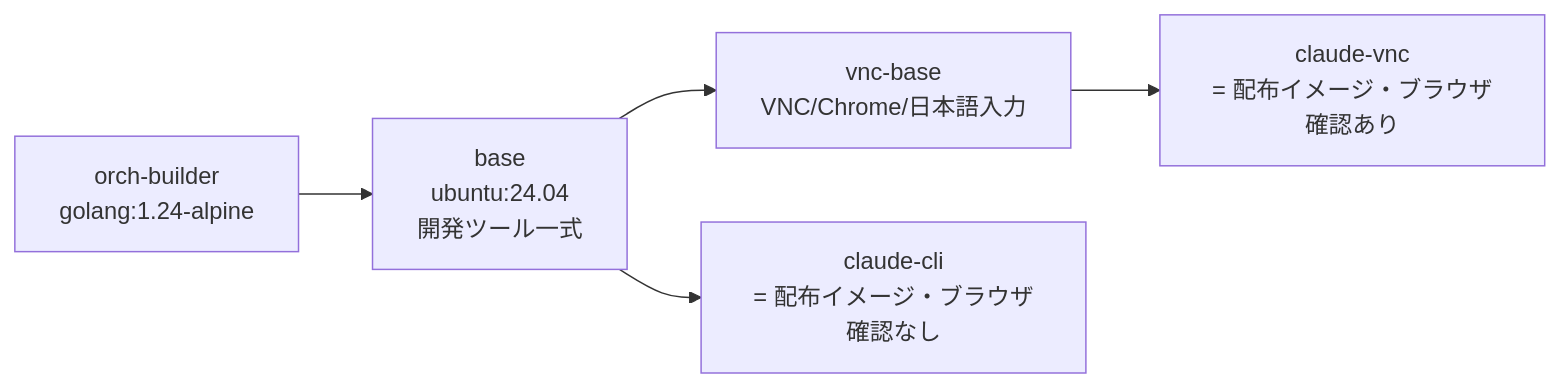
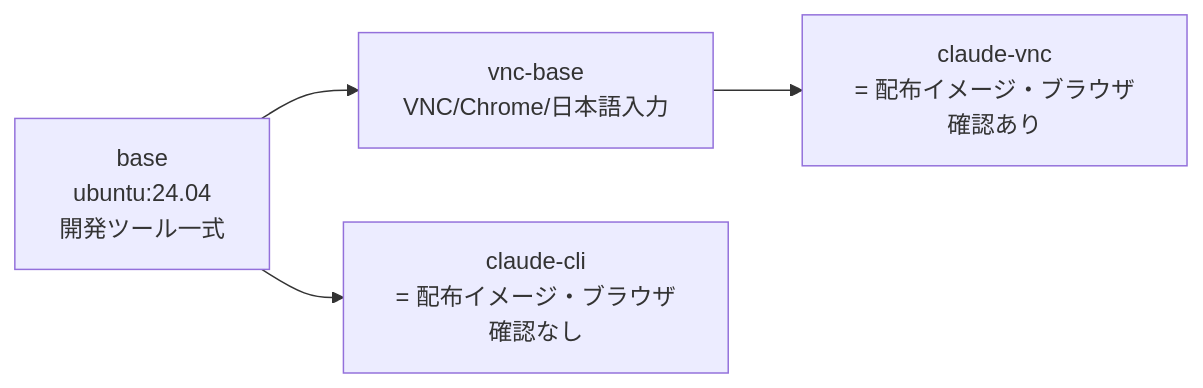
One commit to quvox/claude-dev-env changed the first of 2 diagrams in docs/03-impl/environments/images.md. Above: the diagram before and after it, drawn with Mermaid. The commit also changed other lines of this file and 782 other files, not shown here.

````diff
--- a/docs/03-impl/environments/images.md
+++ b/docs/03-impl/environments/images.md
@@ -29,7 +28,6 @@
 ```mermaid
 graph LR
-  OB[orch-builder<br/>golang:1.24-alpine] --> BASE
   BASE[base<br/>ubuntu:24.04<br/>開発ツール一式] --> VNC[vnc-base<br/>VNC/Chrome/日本語入力]
   BASE --> CLI[claude-cli<br/>= 配布イメージ・ブラウザ確認なし]
   VNC --> VNCF[claude-vnc<br/>= 配布イメージ・ブラウザ確認あり]
 ```
````
